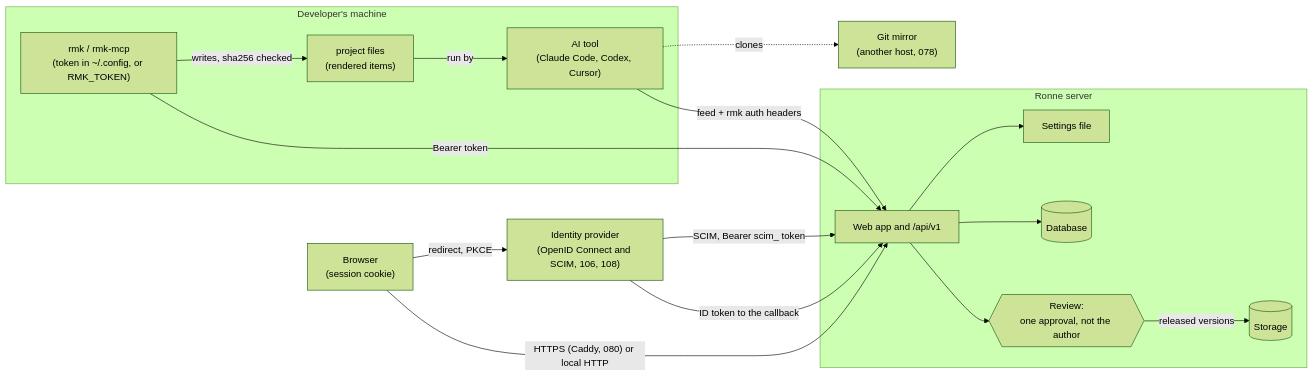
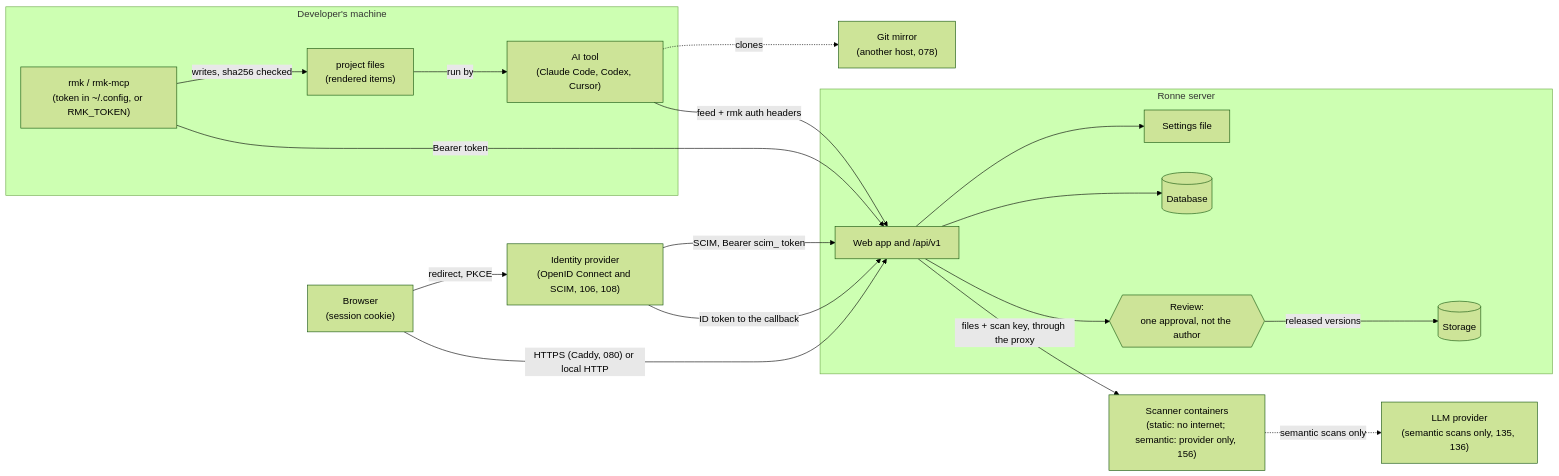
Before and after one commit to ronneai/ronne-marketplace: the diagram in docs/security/threat-model.md, drawn with Mermaid (forest theme). The commit also changed other lines of this file, not shown here.

Commit message:
[docs]: Update the threat model for the security scan and 0.6.0 (#268)

````diff
--- a/docs/security/threat-model.md
+++ b/docs/security/threat-model.md
@@ -57,32 +62,36 @@
 ```mermaid
 flowchart LR
   subgraph Dev["Developer's machine"]
     AI["AI tool<br/>(Claude Code, Codex, Cursor)"]
     RMK["rmk / rmk-mcp<br/>(token in ~/.config, or RMK_TOKEN)"]
     Files["project files<br/>(rendered items)"]
   end
   Browser["Browser<br/>(session cookie)"]
   subgraph Server["Ronne server"]
     Web["Web app and /api/v1"]
     Review{{"Review:<br/>one approval, not the author"}}
     DB[("Database")]
     Store[("Storage")]
     Env["Settings file"]
   end
   Mirror["Git mirror<br/>(another host, 078)"]
+  Scanners["Scanner containers<br/>(static: no internet; semantic: provider only, 156)"]
+  LLM["LLM provider<br/>(semantic scans only, 135, 136)"]
   IdP["Identity provider<br/>(OpenID Connect and SCIM, 106, 108)"]
 
   Browser -- "HTTPS (Caddy, 080) or local HTTP" --> Web
   RMK -- "Bearer token" --> Web
   AI -- "feed + rmk auth headers" --> Web
   AI -. "clones" .-> Mirror
   Browser -- "redirect, PKCE" --> IdP
   IdP -- "ID token to the callback" --> Web
   IdP -- "SCIM, Bearer scim_ token" --> Web
   RMK -- "writes, sha256 checked" --> Files
   Files -- "run by" --> AI
+  Web -- "files + scan key, through the proxy" --> Scanners
+  Scanners -. "semantic scans only" .-> LLM
   Web --> Review
   Review -- "released versions" --> Store
   Web --> DB
   Web --> Env
 ```
````
